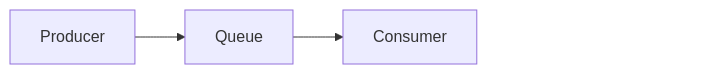
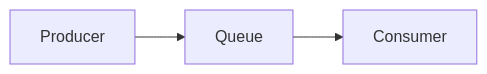
One commit to ArpanMaheshwari144/Prep changed the first of 12 diagrams in 04_HLD/SYSTEM_DESIGNS/12_message_queue_kafka/12_message_queue_kafka.md. Above: the diagram before and after it, drawn with Mermaid. The commit also changed other lines of this file and 182 other files, not shown here.

Commit message:
hld 14 file: har diagram mermaid-cli se SVG image (source details me), n_pad hataya, render tool 04_HLD/tools

````diff
--- a/04_HLD/SYSTEM_DESIGNS/12_message_queue_kafka/12_message_queue_kafka.md
+++ b/04_HLD/SYSTEM_DESIGNS/12_message_queue_kafka/12_message_queue_kafka.md
@@ -81,12 +85,9 @@
 ```mermaid
 %%{init: {"flowchart": {"wrappingWidth": 450}}}%%
 flowchart LR
     n_P["Producer"]
     n_Q["Queue"]
     n_C["Consumer"]
     n_P --> n_Q
     n_Q --> n_C
-    n_pad["xxxxxxxxxxxxxxxx"]
-    n_C ~~~ n_pad
-    style n_pad fill:none,stroke:none,color:#ffffff00
 ```
````
